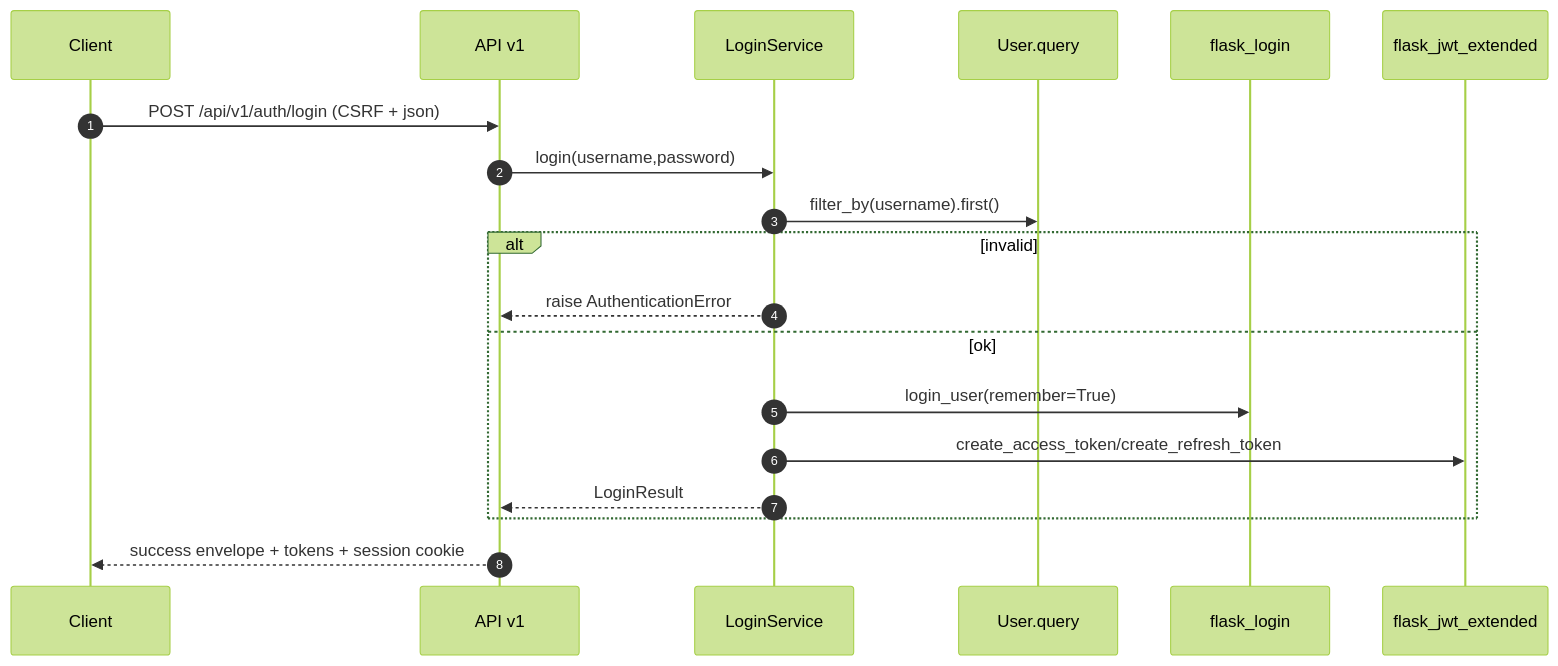
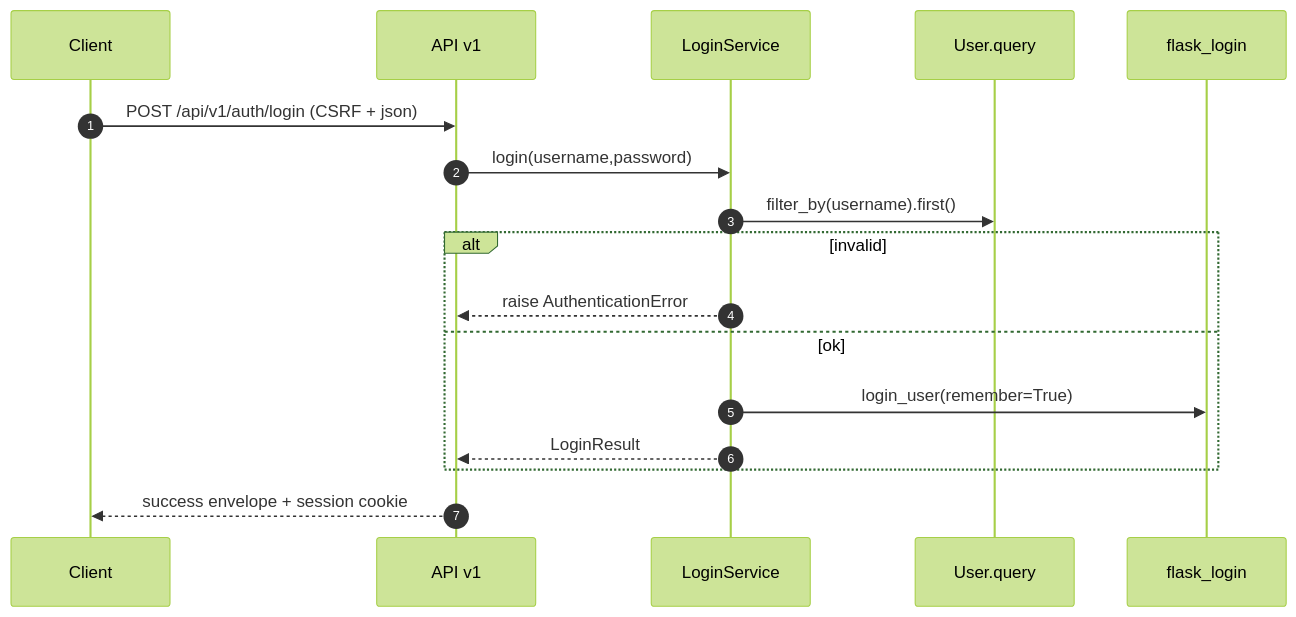
The second of 2 diagrams in docs/Obsidian/reference/service/auth-services.md (nyealovey/WhaleFall), drawn with Mermaid (forest theme) before and after one commit. The commit also changed other lines of this file and 25 other files, not shown here.

````diff
--- a/docs/Obsidian/reference/service/auth-services.md
+++ b/docs/Obsidian/reference/service/auth-services.md
@@ -109,22 +107,20 @@
 ```mermaid
 sequenceDiagram
     autonumber
     participant C as Client
     participant API as API v1
     participant Svc as LoginService
     participant DB as User.query
     participant FL as flask_login
-    participant JWT as flask_jwt_extended
 
     C->>API: POST /api/v1/auth/login (CSRF + json)
     API->>Svc: login(username,password)
     Svc->>DB: filter_by(username).first()
     alt invalid
         Svc-->>API: raise AuthenticationError
     else ok
         Svc->>FL: login_user(remember=True)
-        Svc->>JWT: create_access_token/create_refresh_token
         Svc-->>API: LoginResult
     end
-    API-->>C: success envelope + tokens + session cookie
+    API-->>C: success envelope + session cookie
 ```
````
